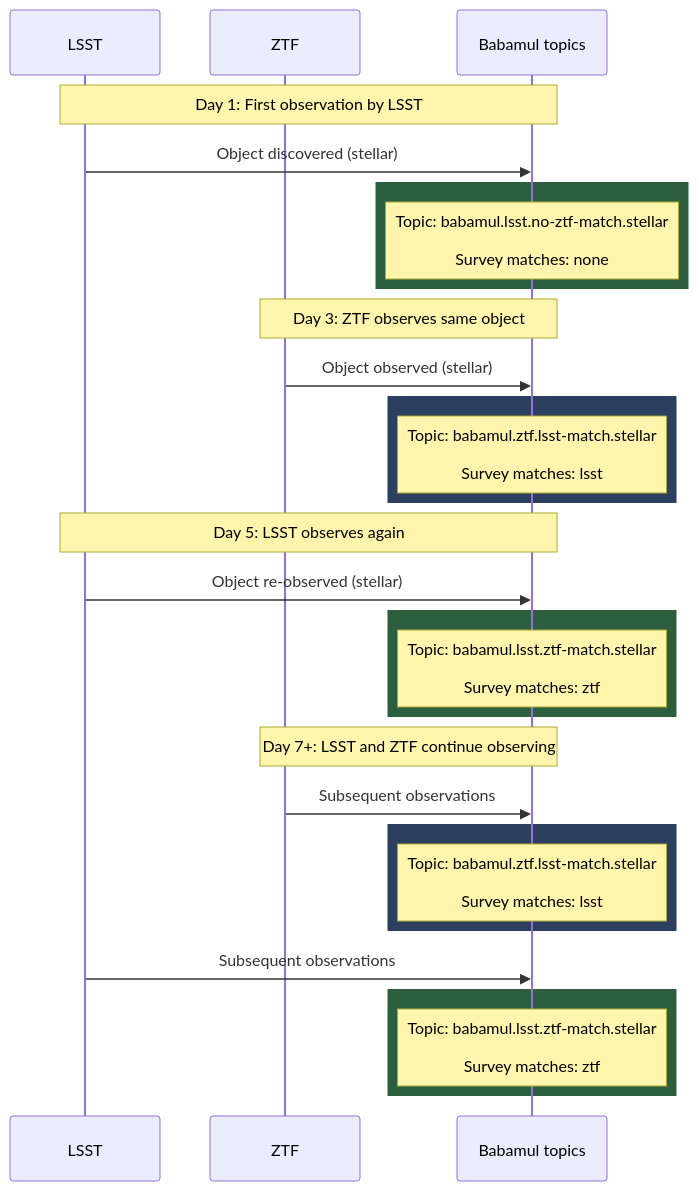
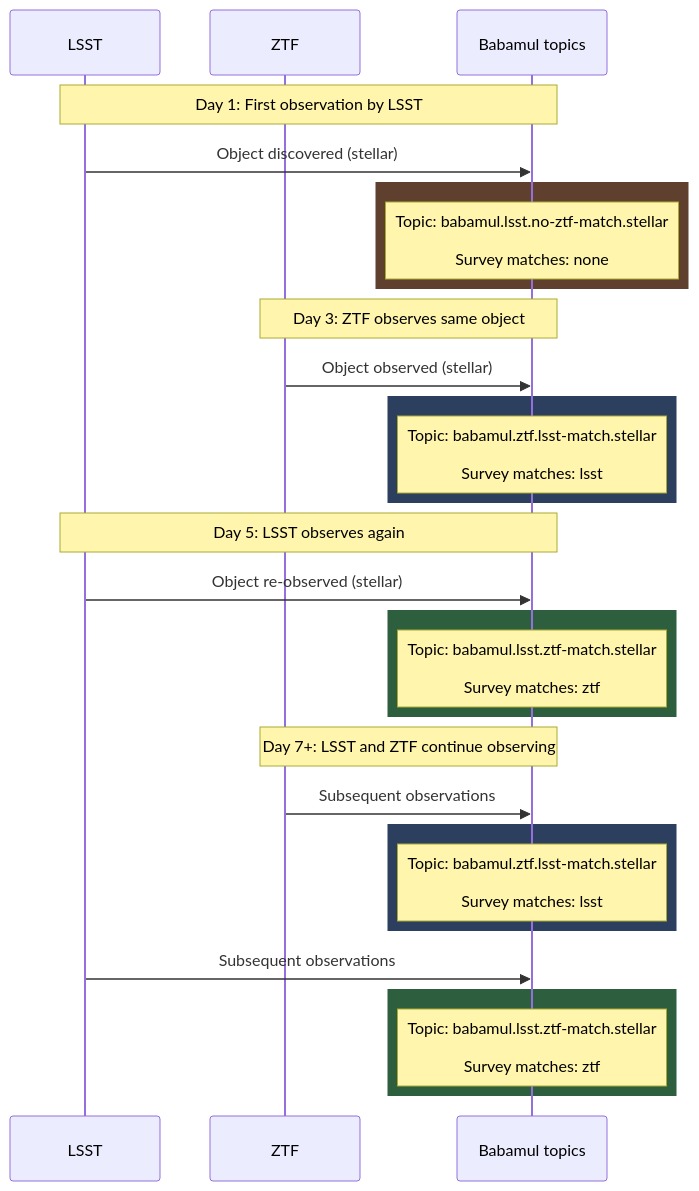
The first of 2 diagrams in docs/babamul.md (boom-astro/boom), drawn with Mermaid before and after one commit.

Commit message:
Update color

````diff
--- a/docs/babamul.md
+++ b/docs/babamul.md
@@ -91,34 +91,34 @@
 ```mermaid
 sequenceDiagram
     participant LSST as LSST
     participant ZTF as ZTF
     participant Stream as Babamul topics
 
     Note over LSST,Stream: Day 1: First observation by LSST
     LSST->>Stream: Object discovered (stellar)
-    rect rgb(45, 95, 63)
+    rect rgb(95, 63, 45)
     Note over Stream: Topic: babamul.lsst.no-ztf-match.stellar<br/><br/>Survey matches: none
     end
 
     Note over ZTF,Stream: Day 3: ZTF observes same object
     ZTF->>Stream: Object observed (stellar)
     rect rgb(45, 63, 95)
     Note over Stream: Topic: babamul.ztf.lsst-match.stellar<br/><br/>Survey matches: lsst
     end
 
     Note over LSST,Stream: Day 5: LSST observes again
     LSST->>Stream: Object re-observed (stellar)
     rect rgb(45, 95, 63)
     Note over Stream: Topic: babamul.lsst.ztf-match.stellar<br/><br/>Survey matches: ztf
     end
 
     Note over ZTF,Stream: Day 7+: LSST and ZTF continue observing
     ZTF->>Stream: Subsequent observations
     rect rgb(45, 63, 95)
     Note over Stream: Topic: babamul.ztf.lsst-match.stellar<br/><br/>Survey matches: lsst
     end
     LSST->>Stream: Subsequent observations
     rect rgb(45, 95, 63)
     Note over Stream: Topic: babamul.lsst.ztf-match.stellar<br/><br/>Survey matches: ztf
     end
 ```
````
